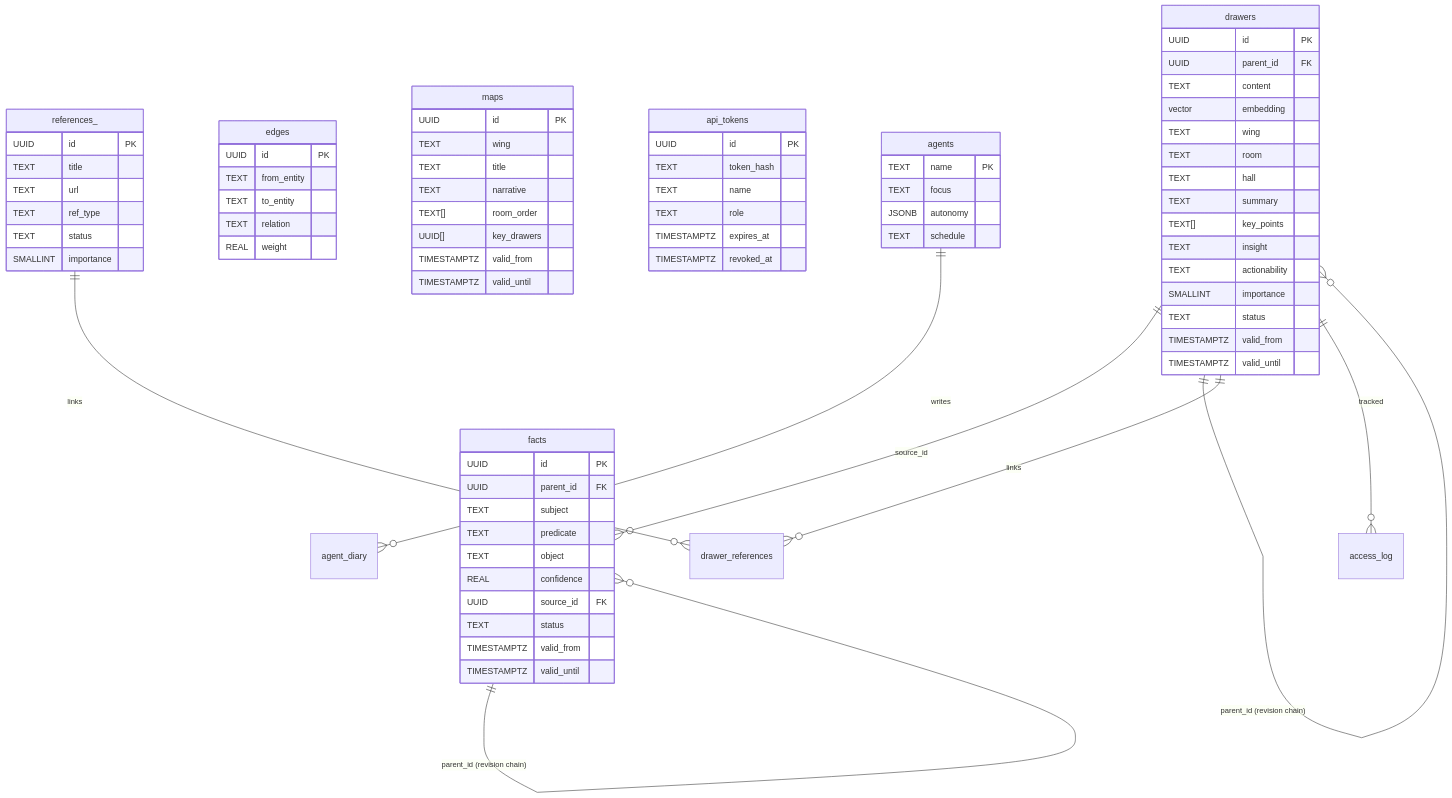
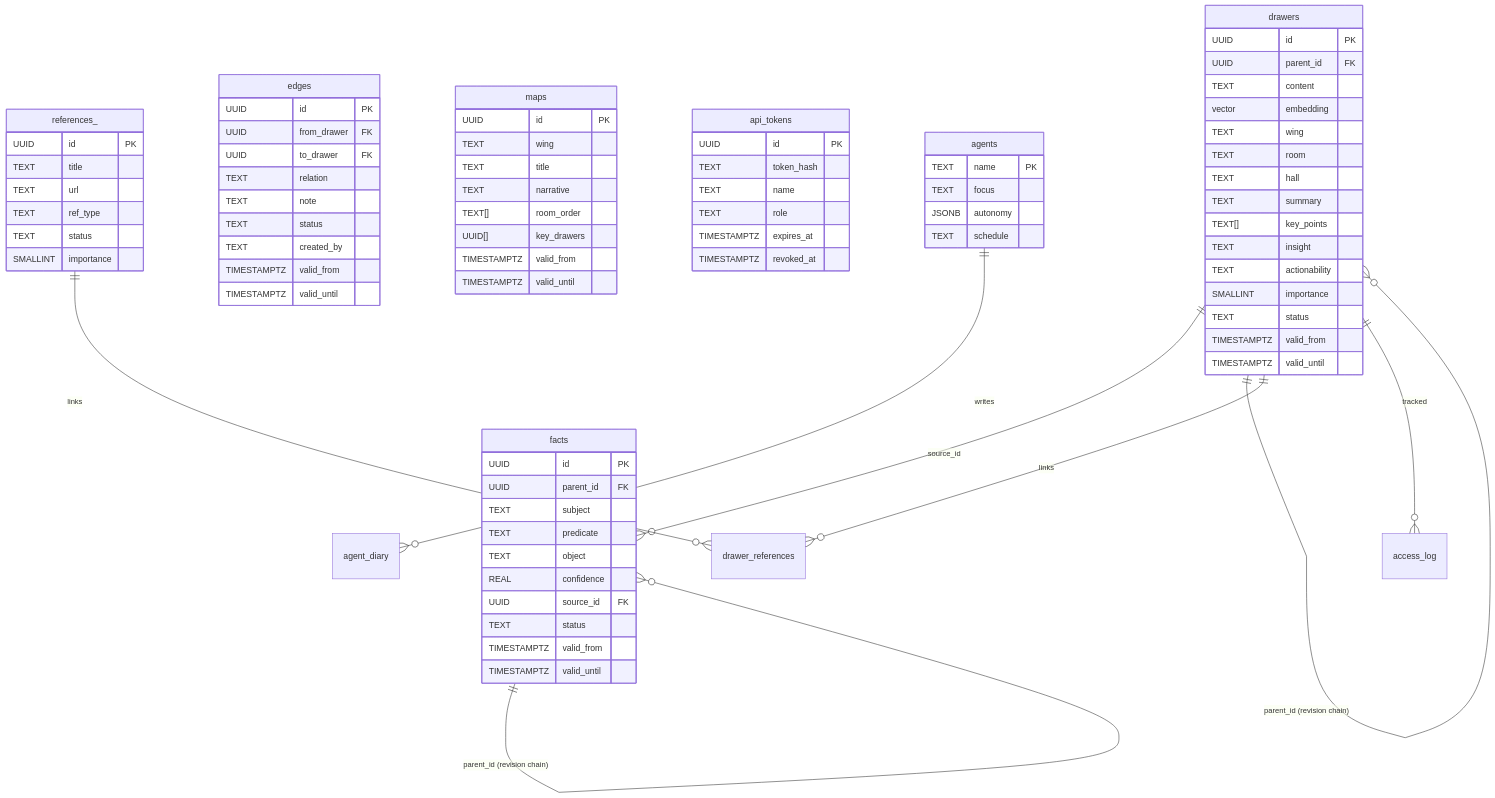
The second of 2 diagrams in README.md (ufelmann/HiveMem), drawn with Mermaid before and after one commit. The commit also changed other lines of this file and 1 other file, not shown here.

First line of the commit message:
docs: update README for v2 edges, fix diamond graph test bound

```diff
--- a/README.md
+++ b/README.md
@@ -255,10 +255,14 @@
     }
     edges {
         UUID id PK
-        TEXT from_entity
-        TEXT to_entity
+        UUID from_drawer FK
+        UUID to_drawer FK
         TEXT relation
-        REAL weight
+        TEXT note
+        TEXT status
+        TEXT created_by
+        TIMESTAMPTZ valid_from
+        TIMESTAMPTZ valid_until
     }
     maps {
         UUID id PK
```
